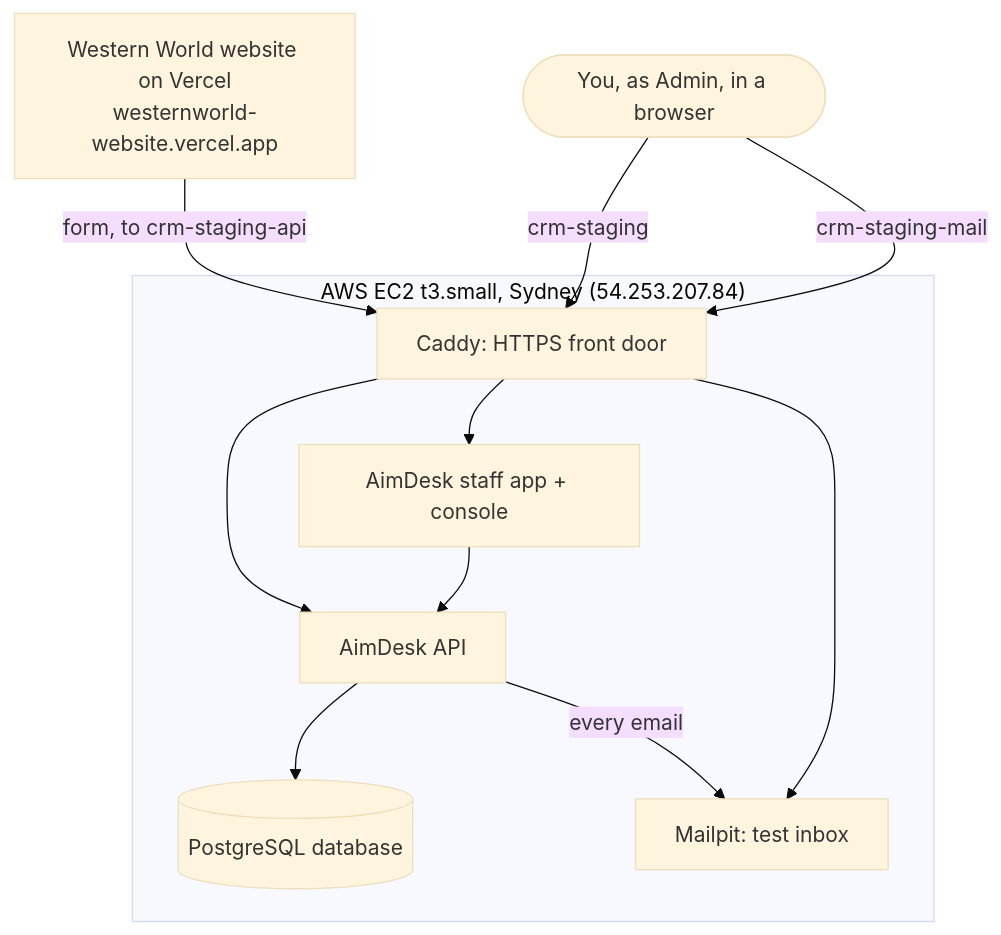
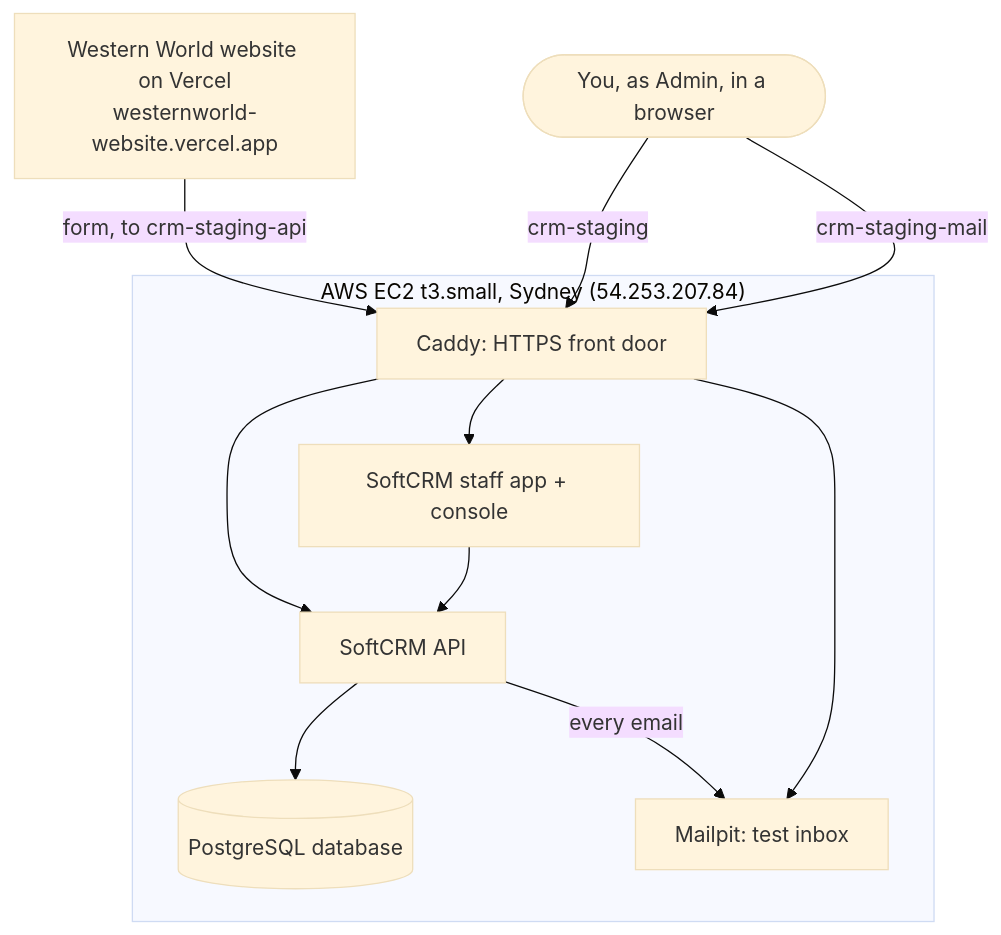
One commit to softzenith-projects/softzenith-crm changed the diagram in docs/staging-deploy.md. Above: the diagram before and after it, drawn with Mermaid (base theme). The commit also changed other lines of this file and 45 other files, not shown here.

First line of the commit message:
feat: Admin-only businesses (ADMIN1), sign-in 400 fix, SoftCRM name, client setup form

````diff
--- a/docs/staging-deploy.md
+++ b/docs/staging-deploy.md
@@ -21,20 +21,20 @@
 ```mermaid
 flowchart TB
     v["Western World website on Vercel<br/>westernworld-website.vercel.app"]
     you(["You, as Admin, in a browser"])
     subgraph aws["AWS EC2 t3.small, Sydney (54.253.207.84)"]
         caddy["Caddy: HTTPS front door"]
-        web["AimDesk staff app + console"]
-        api["AimDesk API"]
+        web["SoftCRM staff app + console"]
+        api["SoftCRM API"]
         db[("PostgreSQL database")]
         mail["Mailpit: test inbox"]
     end
     v -->|"form, to crm-staging-api"| caddy
     you -->|"crm-staging"| caddy
     you -->|"crm-staging-mail"| caddy
     caddy --> api
     caddy --> web --> api
     caddy --> mail
     api --> db
     api -->|"every email"| mail
 ```
````
